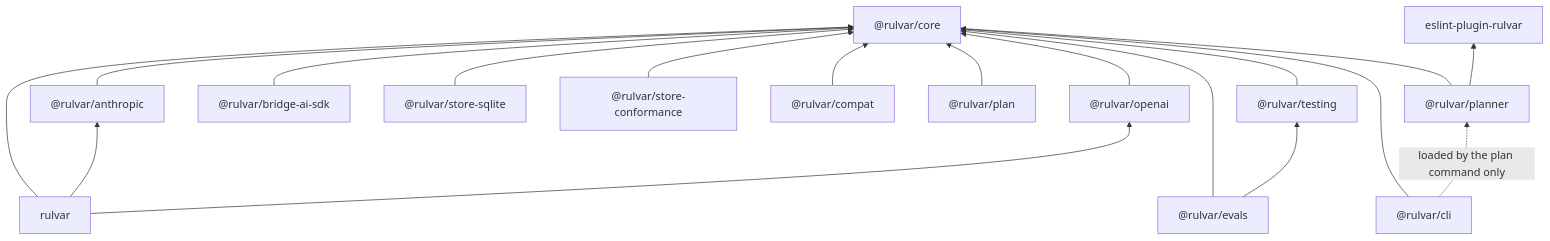
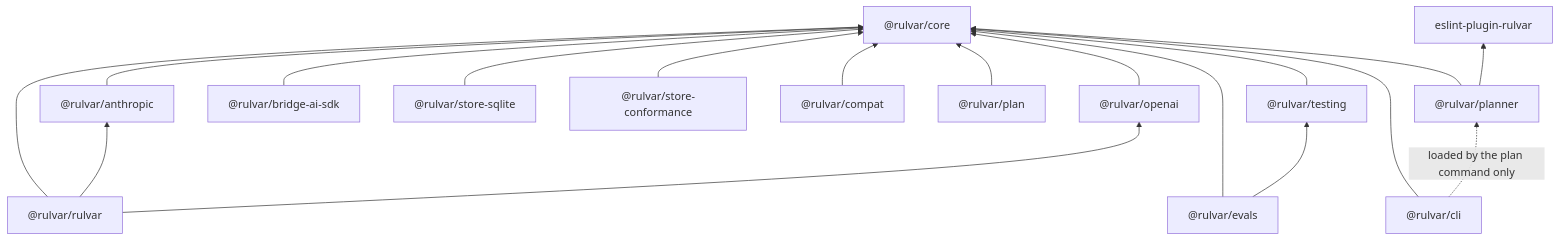
Before and after one commit to o-stepper/rulvar: the second of 2 diagrams in docs/guide/architecture.md, drawn with Mermaid. The commit also changed other lines of this file and 261 other files, not shown here.

````diff
--- a/docs/guide/architecture.md
+++ b/docs/guide/architecture.md
@@ -194,21 +194,21 @@
 ```mermaid
 flowchart BT
     core["@rulvar/core"]
-    umbrella["rulvar"] --> core
+    umbrella["@rulvar/rulvar"] --> core
     umbrella --> anthropic["@rulvar/anthropic"]
     umbrella --> openai["@rulvar/openai"]
     anthropic --> core
     openai --> core
     bridge["@rulvar/bridge-ai-sdk"] --> core
     sqlite["@rulvar/store-sqlite"] --> core
     conform["@rulvar/store-conformance"] --> core
     compat["@rulvar/compat"] --> core
     plan["@rulvar/plan"] --> core
     planner["@rulvar/planner"] --> core
     planner --> eslint["eslint-plugin-rulvar"]
     testing["@rulvar/testing"] --> core
     evals["@rulvar/evals"] --> core
     evals --> testing
     cli["@rulvar/cli"] --> core
     cli -. loaded by the plan command only .-> planner
 ```
````
